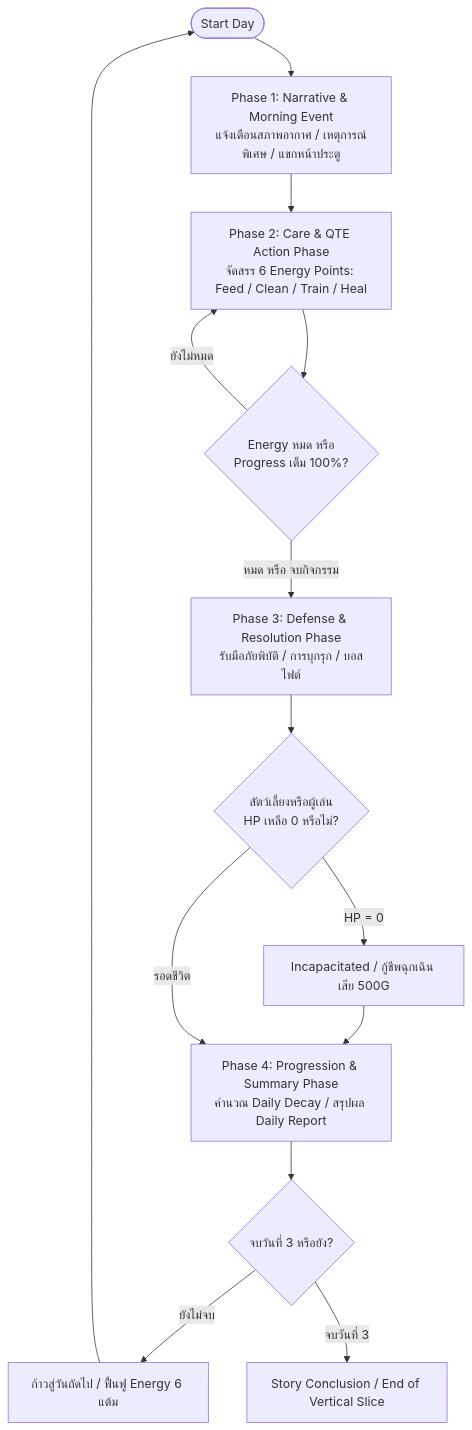
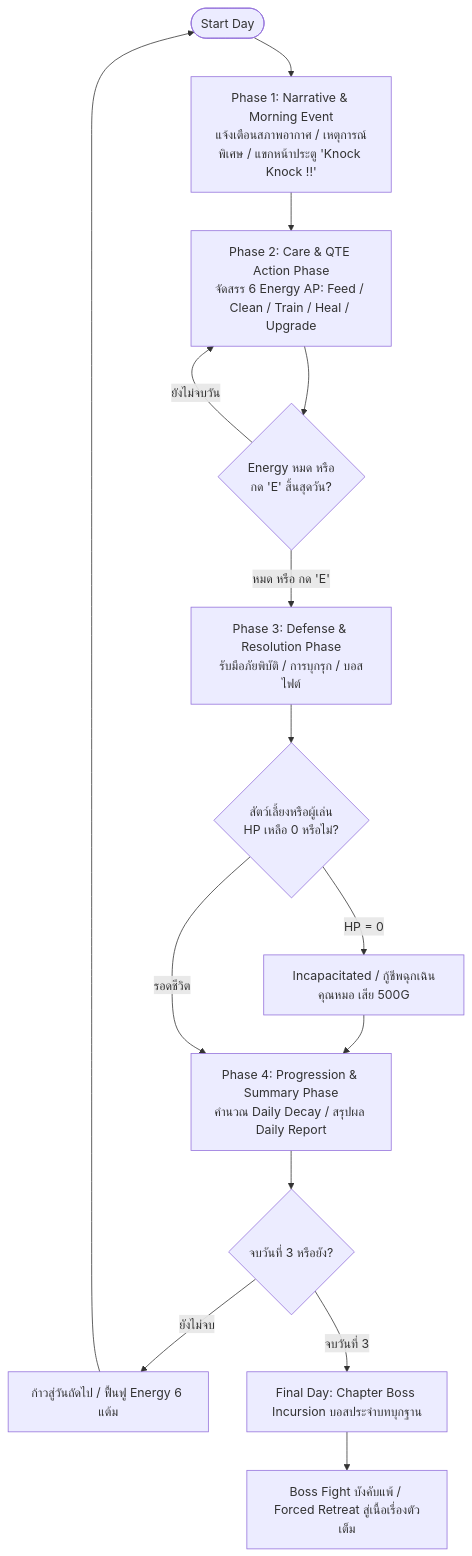
One commit to SShoww/Your-Story changed the diagram in BEPAL/Docs/NewGDD/01-core-loop.md. Above: the diagram before and after it, drawn with Mermaid. The commit also changed other lines of this file and 14 other files, not shown here.

Commit message:
feat(gdd-v2): synchronize NewGDD specs, combat refusal, E-key, and forced defeat

````diff
--- a/BEPAL/Docs/NewGDD/01-core-loop.md
+++ b/BEPAL/Docs/NewGDD/01-core-loop.md
@@ -13,20 +13,21 @@
 ```mermaid
 flowchart TD
-    Start([Start Day]) --> Phase1[Phase 1: Narrative & Morning Event<br>แจ้งเตือนสภาพอากาศ / เหตุการณ์พิเศษ / แขกหน้าประตู]
+    Start([Start Day]) --> Phase1[Phase 1: Narrative & Morning Event<br>แจ้งเตือนสภาพอากาศ / เหตุการณ์พิเศษ / แขกหน้าประตู 'Knock Knock !!']
     
-    Phase1 --> Phase2[Phase 2: Care & QTE Action Phase<br>จัดสรร 6 Energy Points: Feed / Clean / Train / Heal]
+    Phase1 --> Phase2[Phase 2: Care & QTE Action Phase<br>จัดสรร 6 Energy AP: Feed / Clean / Train / Heal / Upgrade]
     
-    Phase2 --> CheckEnergy{Energy หมด หรือ<br>Progress เต็ม 100%?}
-    CheckEnergy -->|ยังไม่หมด| Phase2
-    CheckEnergy -->|หมด หรือ จบกิจกรรม| Phase3[Phase 3: Defense & Resolution Phase<br>รับมือภัยพิบัติ / การบุกรุก / บอสไฟต์]
+    Phase2 --> CheckEnergy{Energy หมด หรือ<br>กด 'E' สิ้นสุดวัน?}
+    CheckEnergy -->|ยังไม่จบวัน| Phase2
+    CheckEnergy -->|หมด หรือ กด 'E'| Phase3[Phase 3: Defense & Resolution Phase<br>รับมือภัยพิบัติ / การบุกรุก / บอสไฟต์]
     
     Phase3 --> CheckSurvive{สัตว์เลี้ยงหรือผู้เล่น<br>HP เหลือ 0 หรือไม่?}
-    CheckSurvive -->|HP = 0| RevivePrompt[Incapacitated / กู้ชีพฉุกเฉิน เสีย 500G]
+    CheckSurvive -->|HP = 0| RevivePrompt[Incapacitated / กู้ชีพฉุกเฉินคุณหมอ เสีย 500G]
     RevivePrompt --> Phase4
     CheckSurvive -->|รอดชีวิต| Phase4[Phase 4: Progression & Summary Phase<br>คำนวณ Daily Decay / สรุปผล Daily Report]
     
     Phase4 --> CheckDays{จบวันที่ 3 หรือยัง?}
+    NextDay --> Start
     CheckDays -->|ยังไม่จบ| NextDay[ก้าวสู่วันถัดไป / ฟื้นฟู Energy 6 แต้ม]
-    NextDay --> Start
-    CheckDays -->|จบวันที่ 3| Ending[Story Conclusion / End of Vertical Slice]
+    CheckDays -->|จบวันที่ 3| BossIncursion[Final Day: Chapter Boss Incursion บอสประจำบทบุกฐาน]
+    BossIncursion --> ForcedDefeat[Boss Fight บังคับแพ้ / Forced Retreat สู่เนื้อเรื่องตัวเต็ม]
 ```
````
